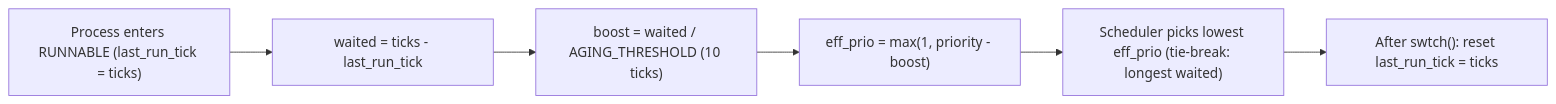
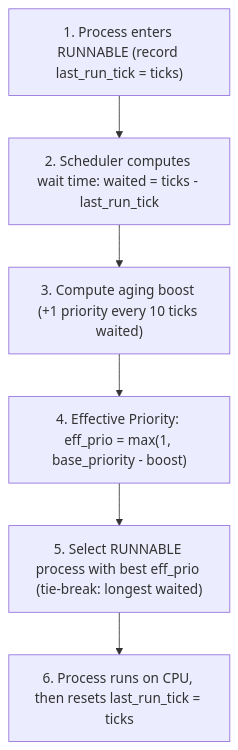
Before and after one commit to asbahkhan67-ctrl/xv6-riscv: the tenth of 21 diagrams in README.md, drawn with Mermaid. The commit also changed other lines of this file, not shown here.

````diff
--- a/README.md
+++ b/README.md
@@ -375,8 +473,8 @@
 ```mermaid
-flowchart LR
-    W["Process enters RUNNABLE (last_run_tick = ticks)"] --> C["waited = ticks - last_run_tick"]
-    C --> B["boost = waited / AGING_THRESHOLD (10 ticks)"]
-    B --> E["eff_prio = max(1, priority - boost)"]
-    E --> D["Scheduler picks lowest eff_prio (tie-break: longest waited)"]
-    D --> R["After swtch(): reset last_run_tick = ticks"]
+flowchart TD
+    A["1. Process enters RUNNABLE (record last_run_tick = ticks)"] --> B["2. Scheduler computes wait time: waited = ticks - last_run_tick"]
+    B --> C["3. Compute aging boost (+1 priority every 10 ticks waited)"]
+    C --> D["4. Effective Priority: eff_prio = max(1, base_priority - boost)"]
+    D --> E["5. Select RUNNABLE process with best eff_prio (tie-break: longest waited)"]
+    E --> F["6. Process runs on CPU, then resets last_run_tick = ticks"]
 ```
````
